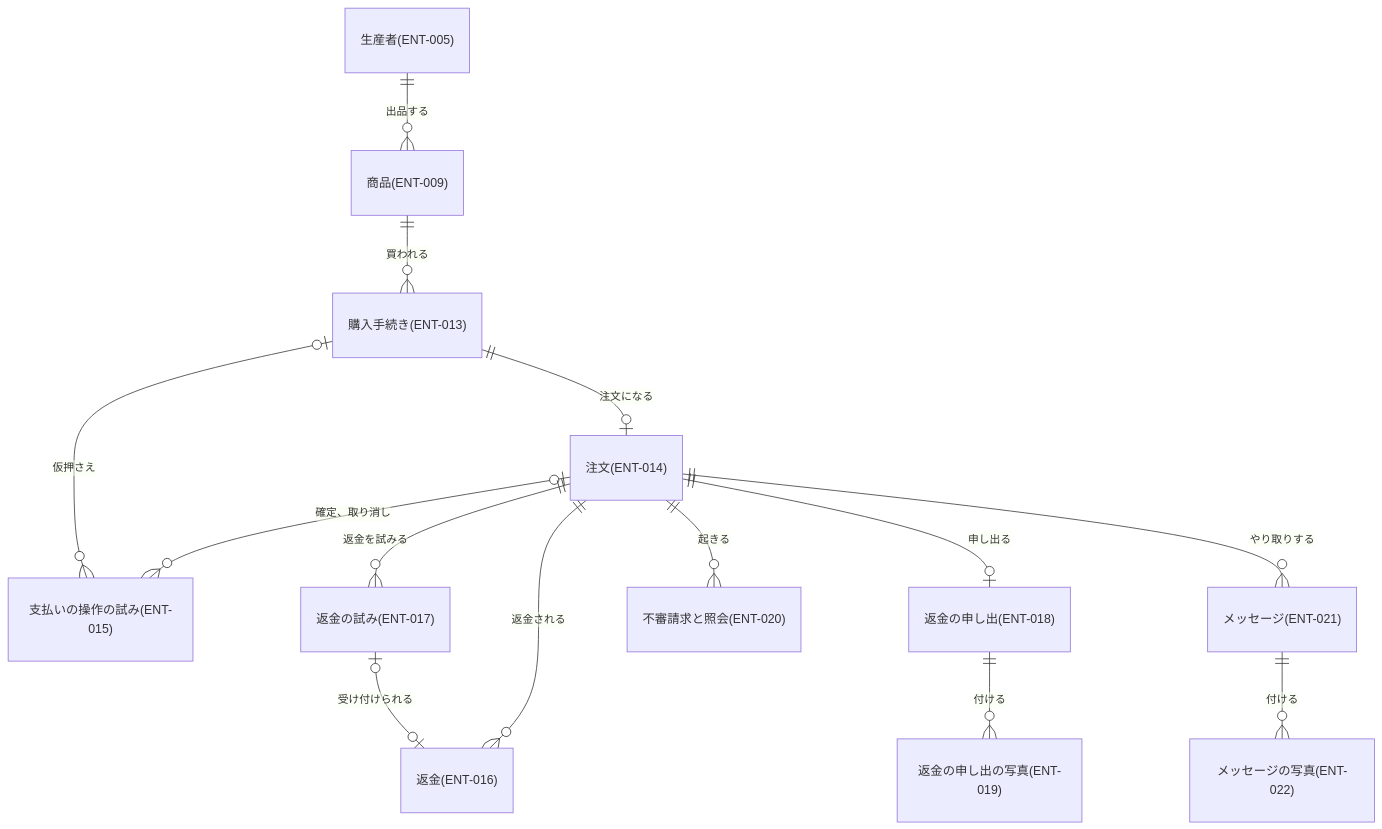
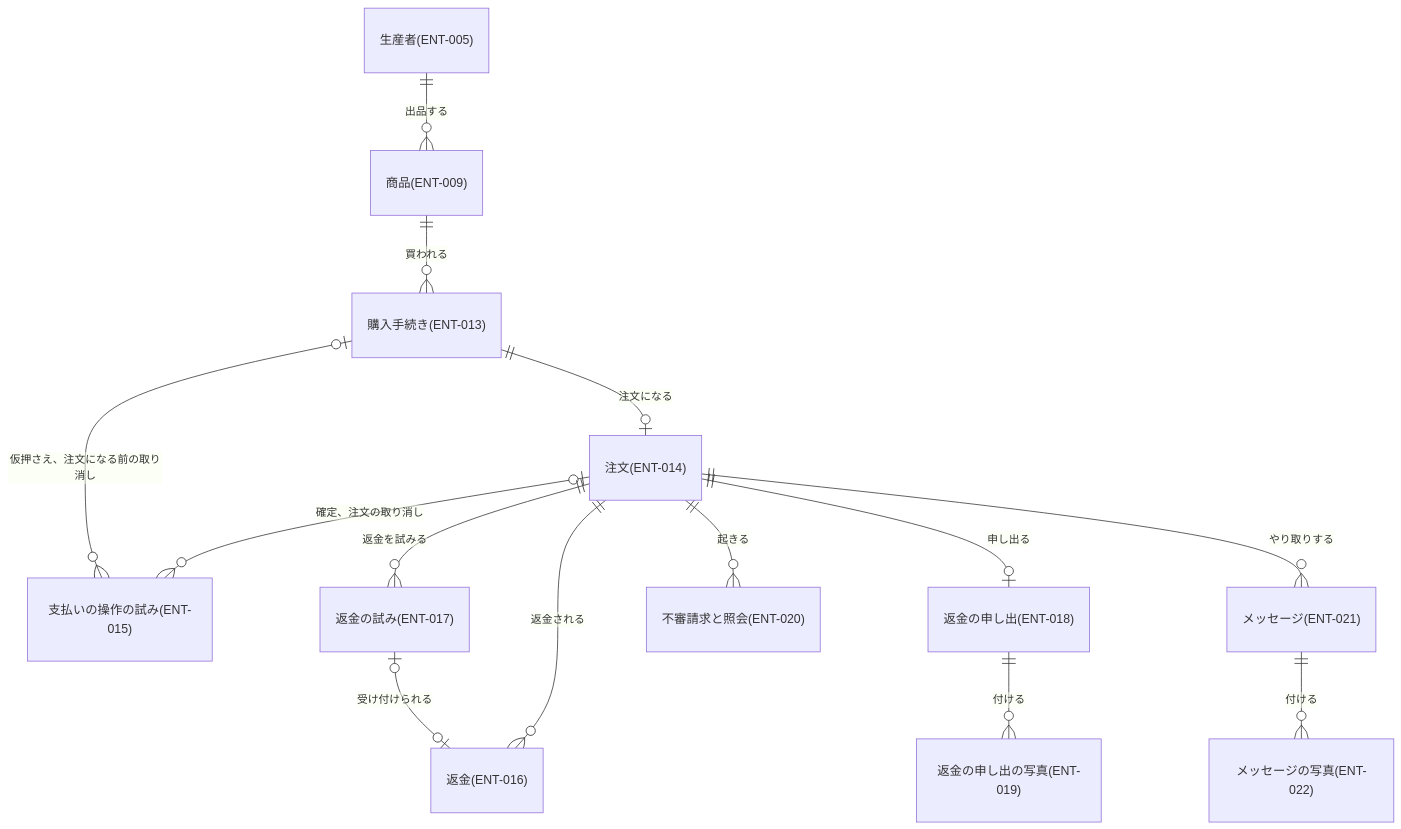
The eighth of 11 diagrams in docs/02-basic-design.md (tenkunomori-emu/emu-farm-ec), drawn with Mermaid before and after one commit. The commit also changed other lines of this file, not shown here.

````diff
--- a/docs/02-basic-design.md
+++ b/docs/02-basic-design.md
@@ -688,28 +688,28 @@
 ```mermaid
 erDiagram
     ENT005["生産者(ENT-005)"]
     ENT009["商品(ENT-009)"]
     ENT013["購入手続き(ENT-013)"]
     ENT014["注文(ENT-014)"]
     ENT015["支払いの操作の試み(ENT-015)"]
     ENT016["返金(ENT-016)"]
     ENT017["返金の試み(ENT-017)"]
     ENT018["返金の申し出(ENT-018)"]
     ENT019["返金の申し出の写真(ENT-019)"]
     ENT020["不審請求と照会(ENT-020)"]
     ENT021["メッセージ(ENT-021)"]
     ENT022["メッセージの写真(ENT-022)"]
     ENT005 ||--o{ ENT009 : "出品する"
     ENT009 ||--o{ ENT013 : "買われる"
     ENT013 ||--o| ENT014 : "注文になる"
-    ENT013 |o--o{ ENT015 : "仮押さえ"
-    ENT014 |o--o{ ENT015 : "確定、取り消し"
+    ENT013 |o--o{ ENT015 : "仮押さえ、注文になる前の取り消し"
+    ENT014 |o--o{ ENT015 : "確定、注文の取り消し"
     ENT014 ||--o{ ENT017 : "返金を試みる"
     ENT017 |o--o| ENT016 : "受け付けられる"
     ENT014 ||--o{ ENT016 : "返金される"
     ENT014 ||--o| ENT018 : "申し出る"
     ENT018 ||--o{ ENT019 : "付ける"
     ENT014 ||--o{ ENT020 : "起きる"
     ENT014 ||--o{ ENT021 : "やり取りする"
     ENT021 ||--o{ ENT022 : "付ける"
 ```
````
